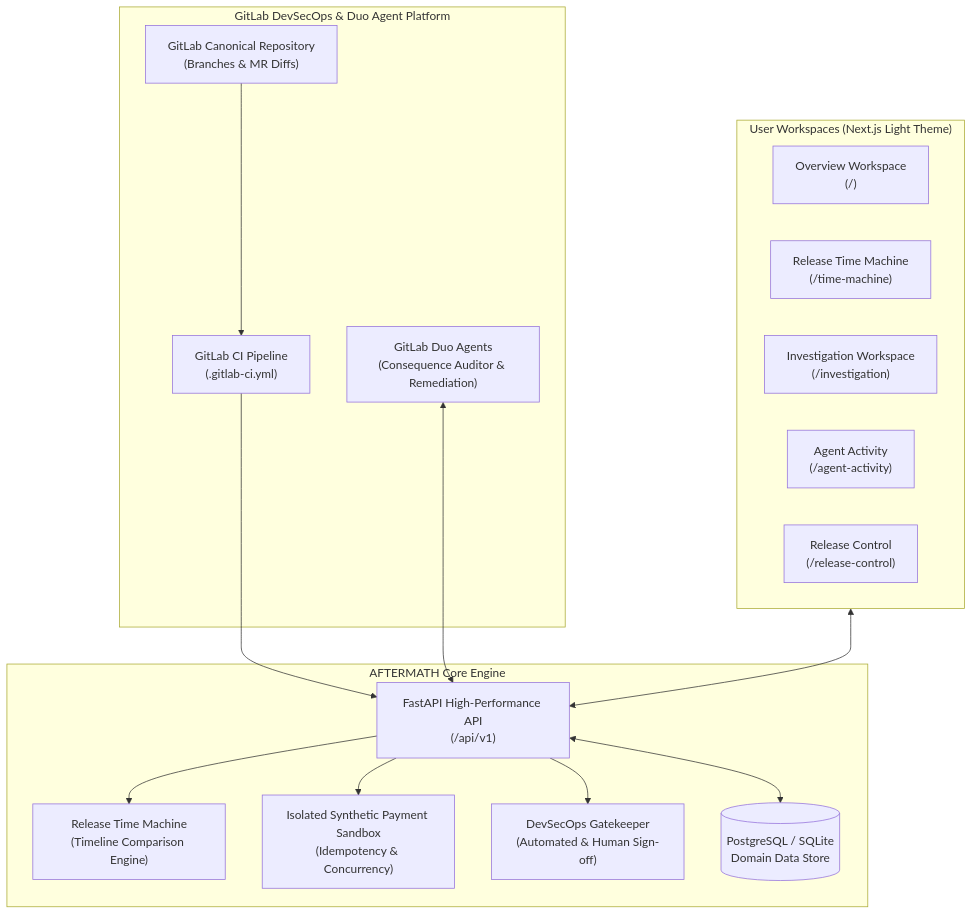
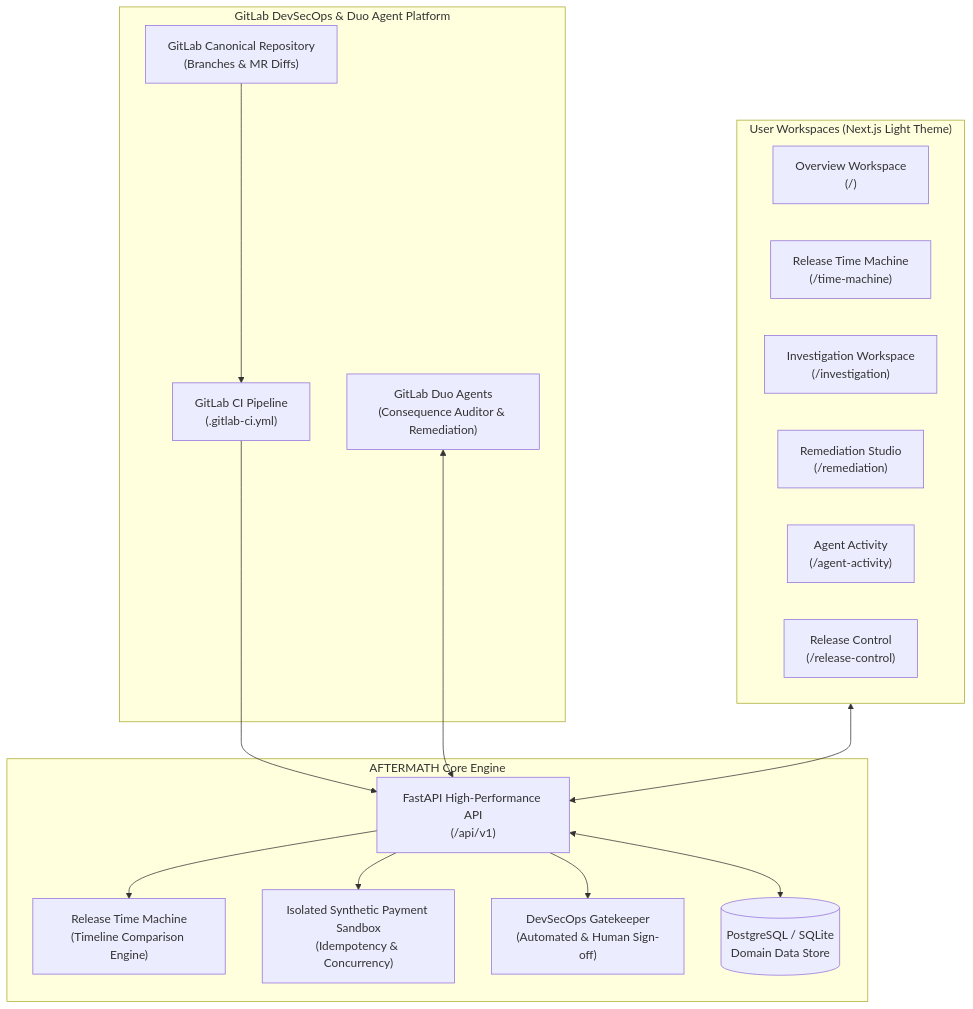
Before and after one commit to ATUMANYIRE/AFTERMATH: the first of 2 diagrams in docs/ARCHITECTURE.md, drawn with Mermaid. The commit also changed other lines of this file and 41 other files, not shown here.

Commit message:
feat(milestone-4): autonomous remediation engine, sandboxed fix verification, and repair studio

````diff
--- a/docs/ARCHITECTURE.md
+++ b/docs/ARCHITECTURE.md
@@ -19,33 +19,34 @@
 ```mermaid
 flowchart TD
     subgraph GitLab_Platform["GitLab DevSecOps & Duo Agent Platform"]
         GL_Repo["GitLab Canonical Repository<br/>(Branches & MR Diffs)"]
         GL_CI["GitLab CI Pipeline<br/>(.gitlab-ci.yml)"]
         GL_Duo["GitLab Duo Agents<br/>(Consequence Auditor & Remediation)"]
     end
 
     subgraph AFTERMATH_Core["AFTERMATH Core Engine"]
         FastAPI["FastAPI High-Performance API<br/>(/api/v1)"]
         TimeMachine["Release Time Machine<br/>(Timeline Comparison Engine)"]
         SyntheticPayment["Isolated Synthetic Payment Sandbox<br/>(Idempotency & Concurrency)"]
         Gatekeeper["DevSecOps Gatekeeper<br/>(Automated & Human Sign-off)"]
         AlembicDB[("PostgreSQL / SQLite<br/>Domain Data Store")]
     end
 
     subgraph Presentation_Layer["User Workspaces (Next.js Light Theme)"]
         W_Overview["Overview Workspace<br/>(/)"]
         W_TimeMachine["Release Time Machine<br/>(/time-machine)"]
         W_Investigation["Investigation Workspace<br/>(/investigation)"]
+        W_Remediation["Remediation Studio<br/>(/remediation)"]
         W_AgentActivity["Agent Activity<br/>(/agent-activity)"]
         W_ReleaseControl["Release Control<br/>(/release-control)"]
     end
 
     GL_Repo --> GL_CI
     GL_CI --> FastAPI
     GL_Duo <--> FastAPI
     FastAPI --> TimeMachine
     FastAPI --> SyntheticPayment
     FastAPI --> Gatekeeper
     FastAPI <--> AlembicDB
     Presentation_Layer <--> FastAPI
 ```
````
